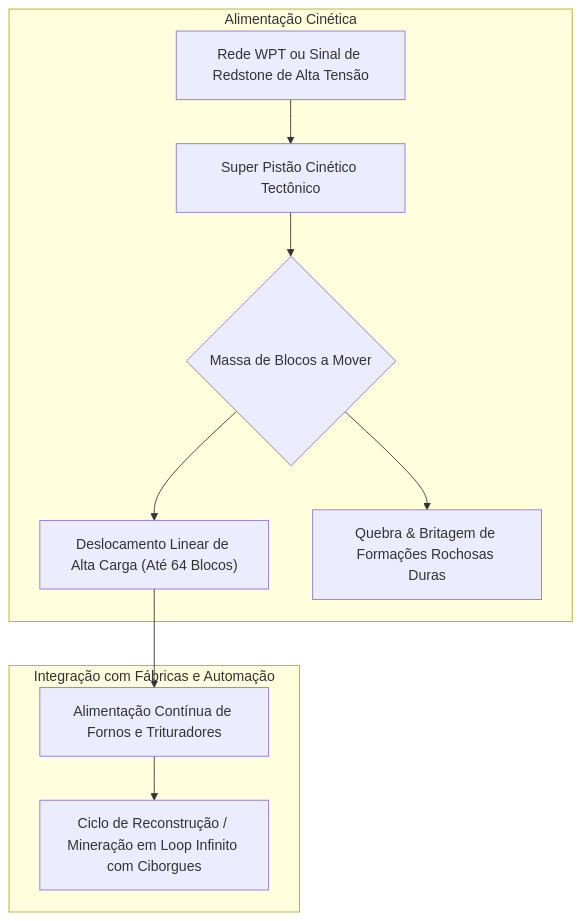
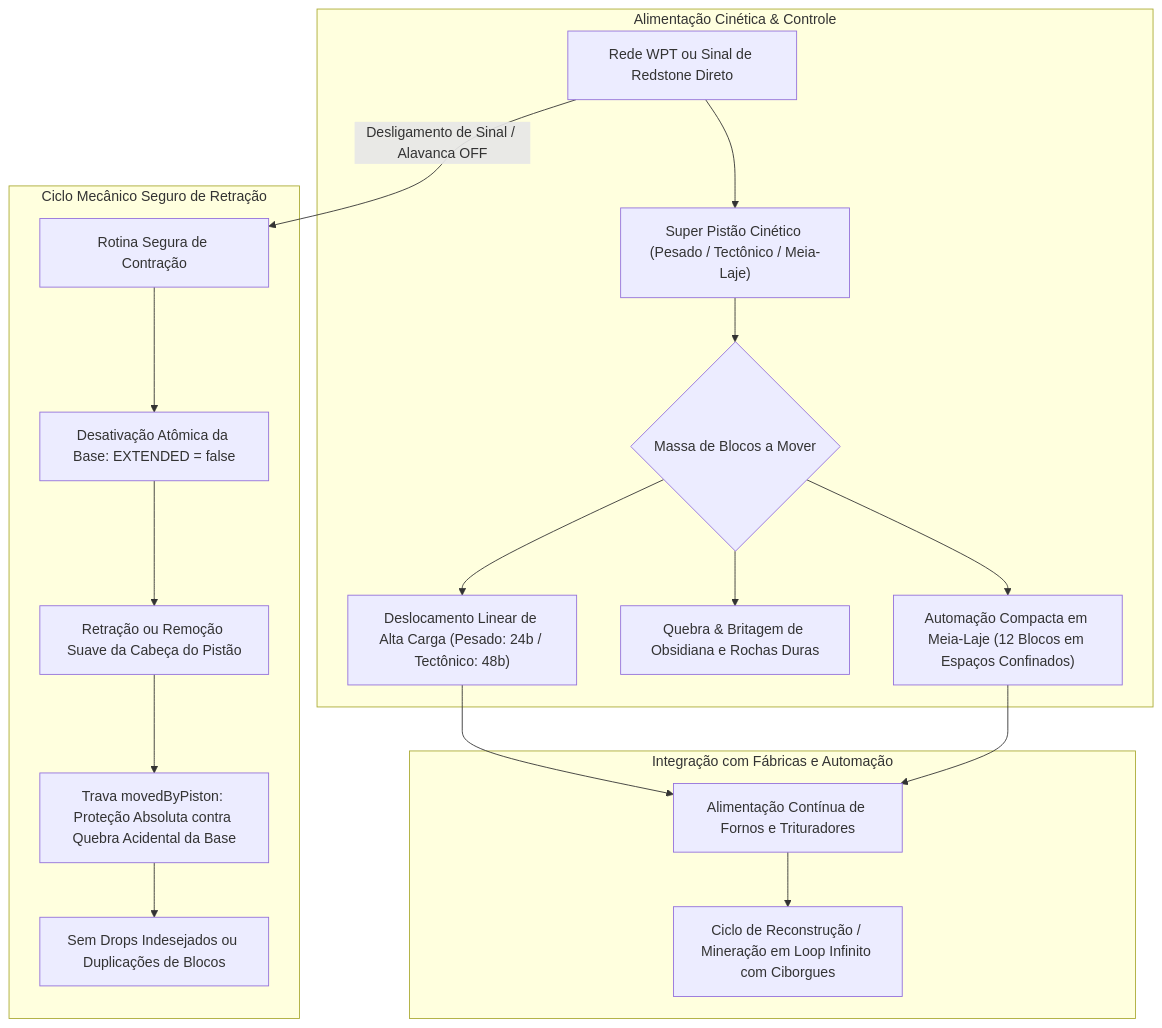
Before and after one commit to fhfelipefh/SandStorm: diagram 12 of 12 in docs/wiki/Engenharia.md, drawn with Mermaid. The commit also changed other lines of this file and 10 other files, not shown here.

Commit message:
fix(blocks): prevent kinetic piston head retraction from duplicating base block v1.19.53

````diff
--- a/docs/wiki/Engenharia.md
+++ b/docs/wiki/Engenharia.md
@@ -301,14 +301,23 @@
 ```mermaid
 graph TD;
-    subgraph "Alimentação Cinética"
-        PWR["Rede WPT ou Sinal de Redstone de Alta Tensão"] --> PISTON["Super Pistão Cinético Tectônico"]
+    subgraph "Alimentação Cinética & Controle"
+        PWR["Rede WPT ou Sinal de Redstone Direto"] --> PISTON["Super Pistão Cinético (Pesado / Tectônico / Meia-Laje)"]
         PISTON --> MASS{"Massa de Blocos a Mover"}
-        MASS --> STD["Deslocamento Linear de Alta Carga (Até 64 Blocos)"]
-        MASS --> TECTONIC["Quebra & Britagem de Formações Rochosas Duras"]
+        MASS --> STD["Deslocamento Linear de Alta Carga (Pesado: 24b / Tectônico: 48b)"]
+        MASS --> TECTONIC["Quebra & Britagem de Obsidiana e Rochas Duras"]
+        MASS --> SLAB["Automação Compacta em Meia-Laje (12 Blocos em Espaços Confinados)"]
+    end
+
+    subgraph "Ciclo Mecânico Seguro de Retração"
+        PWR -->|Desligamento de Sinal / Alavanca OFF| CONTRACT["Rotina Segura de Contração"]
+        CONTRACT --> UNEXTEND["Desativação Atômica da Base: EXTENDED = false"]
+        UNEXTEND --> PULL["Retração ou Remoção Suave da Cabeça do Pistão"]
+        PULL --> GUARD["Trava movedByPiston: Proteção Absoluta contra Quebra Acidental da Base"]
+        GUARD --> STABLE["Sem Drops Indesejados ou Duplicações de Blocos"]
     end
 
     subgraph "Integração com Fábricas e Automação"
-        STD --> FEED["Alimentação Contínua de Fornos e Trituradores"]
+        STD & SLAB --> FEED["Alimentação Contínua de Fornos e Trituradores"]
         FEED --> LOOP["Ciclo de Reconstrução / Mineração em Loop Infinito com Ciborgues"]
     end
 ```
````
